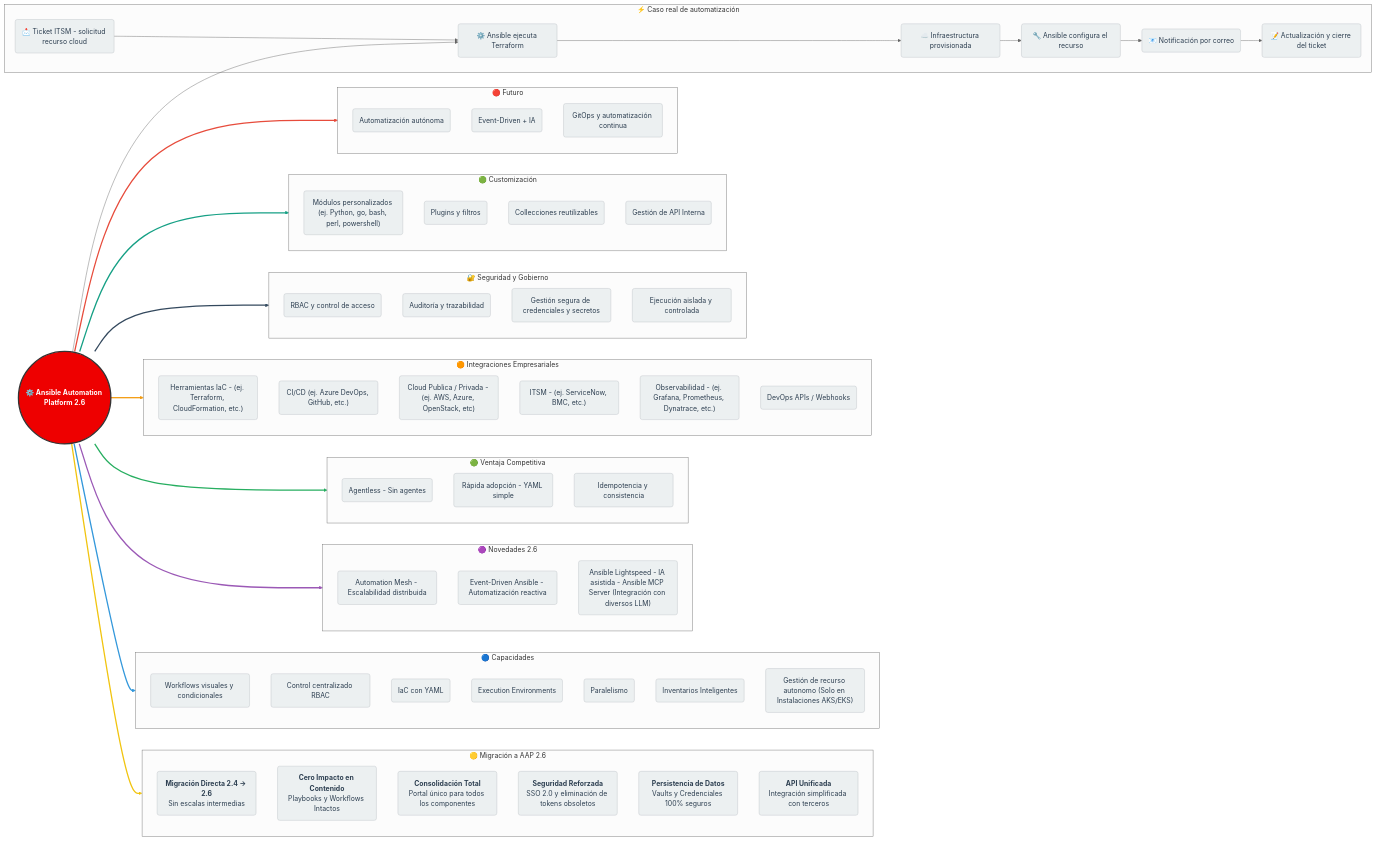
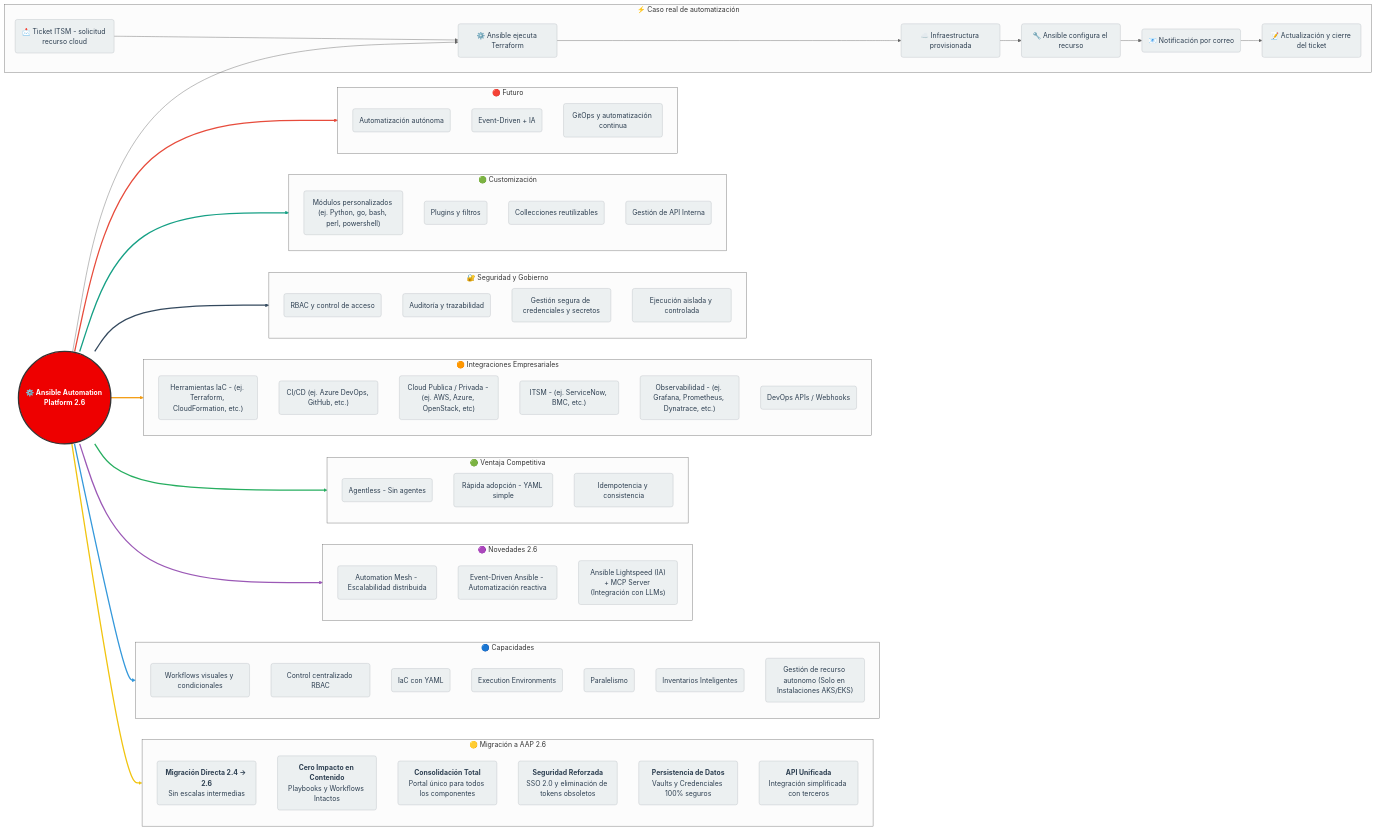
One commit to Xploit9999/Diagrama-Ansible-2.6 changed the diagram in README.md. Above: the diagram before and after it, drawn with Mermaid (neutral theme).

Commit message:
Reformateo en la sección de  Novedades

```diff
--- a/README.md
+++ b/README.md
@@ -37,7 +37,7 @@
     subgraph NOV["🟣 Novedades 2.6"]
         N1(Automation Mesh - Escalabilidad distribuida):::detail
         N2(Event-Driven Ansible - Automatización reactiva):::detail
-        N3("Ansible Lightspeed - IA asistida - Ansible MCP Server (Integración con diversos LLM)"):::detail
+        N3("Ansible Lightspeed (IA)\n+ MCP Server (Integración con LLMs)"):::detail
     end
     subgraph VEN["🟢 Ventaja Competitiva"]
         V1(Agentless - Sin agentes):::detail
```
